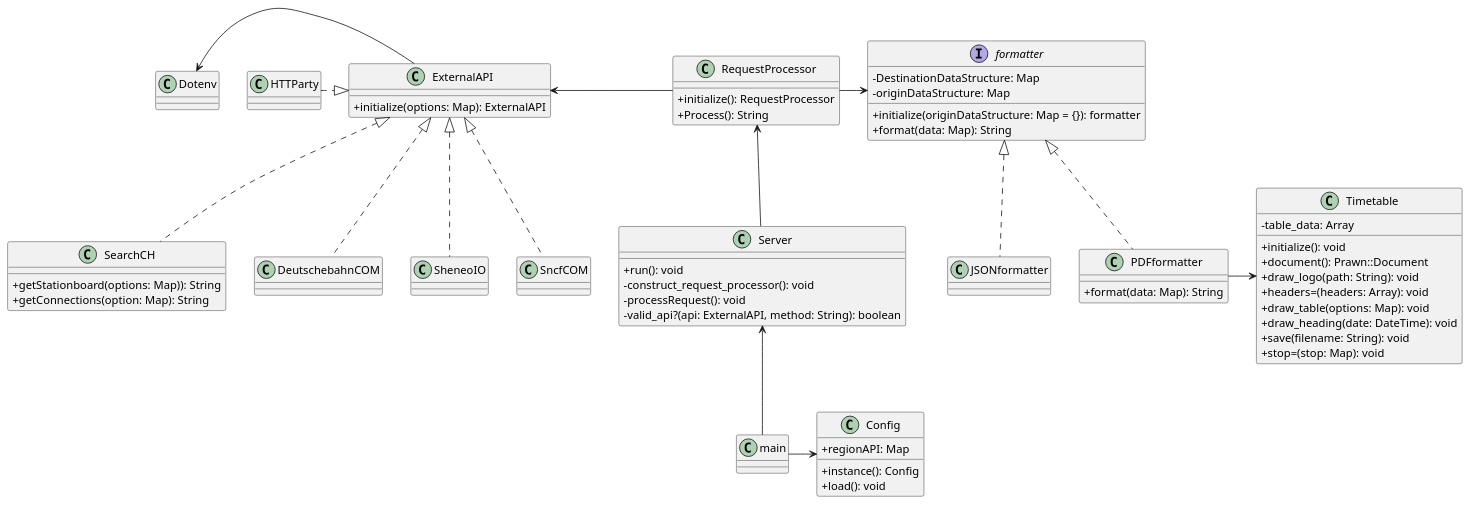
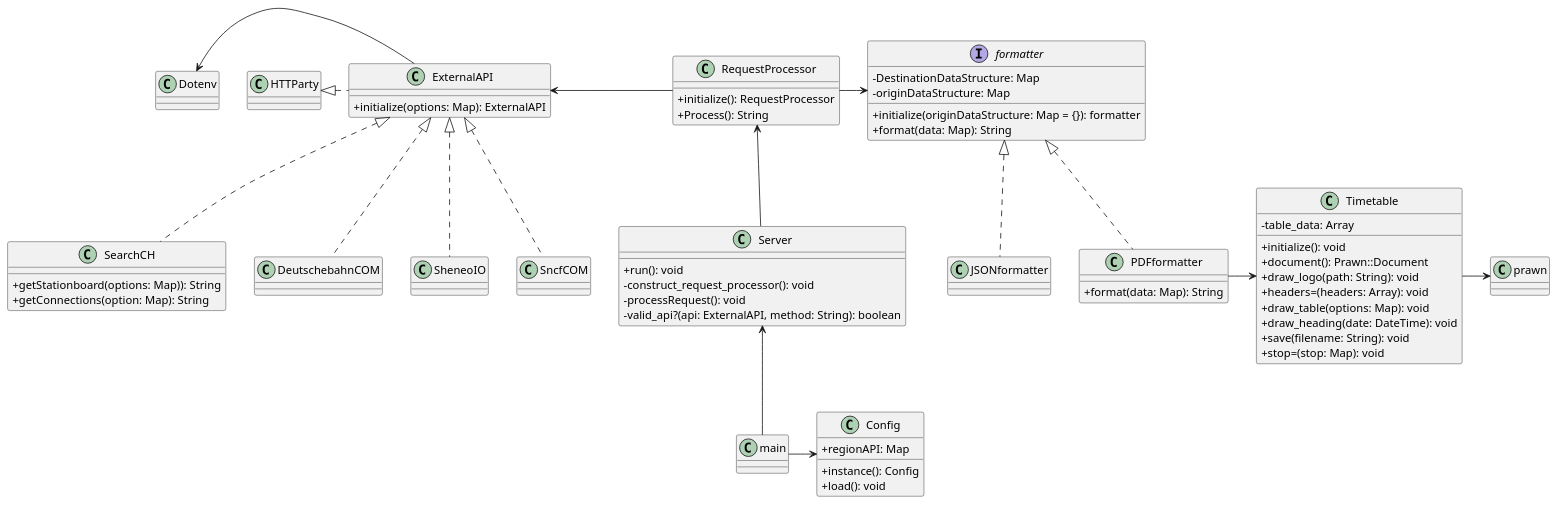
Before and after one commit to CPNV-ES-BI1-RIA2-ETL-INTERNAL-SOURCE/DATA-GENERATOR-ETL: the diagram in docs/classDiagram.puml, drawn with PlantUML.

Commit message:
fix(class diagram): add prawn and http party correctly

```diff
--- a/docs/classDiagram.puml
+++ b/docs/classDiagram.puml
@@ -1,94 +1,95 @@
 @startuml Data Generator
 skinparam classAttributeIconSize 0
 
 class Server{
 + run(): void
 - construct_request_processor(): void
 - processRequest(): void
 - valid_api?(api: ExternalAPI, method: String): boolean
 }
 
 class RequestProcessor{
     + initialize(): RequestProcessor
     + Process(): String
 }
 
 class ExternalAPI{
     + initialize(options: Map): ExternalAPI
 }
 
 class SearchCH{
     + getStationboard(options: Map)): String
     + getConnections(option: Map): String
 }
 
 interface formatter{
     - DestinationDataStructure: Map
     - originDataStructure: Map
     + initialize(originDataStructure: Map = {}): formatter
     + format(data: Map): String
 }
 
 class DeutschebahnCOM {
 }
 
 class SheneoIO {
 }
 
 class SncfCOM{
 }
 
 class JSONformatter{
 }
 
 class PDFformatter{
     + format(data: Map): String
 }
 
 class Timetable {
   - table_data: Array
   + initialize(): void
   + document(): Prawn::Document
   + draw_logo(path: String): void
   + headers=(headers: Array): void
   + draw_table(options: Map): void
   + draw_heading(date: DateTime): void
   + save(filename: String): void
   + stop=(stop: Map): void
 }
 
 
 class Dotenv{
 }
 
 'Singleton
 class Config{
     'available regions will have one or more API classes associated with it
     + regionAPI: Map
     + instance(): Config
     + load(): void
 }
 
 RequestProcessor -right-> formatter
 formatter <|.. JSONformatter
 formatter <|.. PDFformatter
 
 PDFformatter -right-> Timetable
 
-ExternalAPI <|.left. HTTParty
+ExternalAPI .left.|> HTTParty
 SearchCH .up.|> ExternalAPI
 DeutschebahnCOM .up.|> ExternalAPI
 SheneoIO .up.|> ExternalAPI
 SncfCOM .up.|> ExternalAPI
 
 Server -up-> RequestProcessor
 RequestProcessor -left-> ExternalAPI
 
 'Dotenv file not a class
 ExternalAPI -left-> Dotenv
 
 'Main will be just a file, maybe called index, doesn't really matter
 main -up-> Server
 main -right-> Config
+Timetable -right-> prawn
 
 @enduml
```
